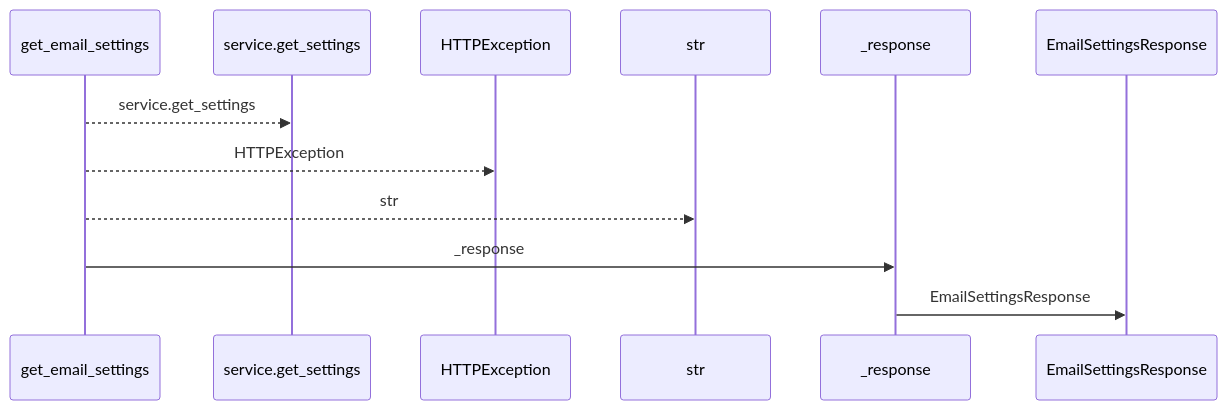
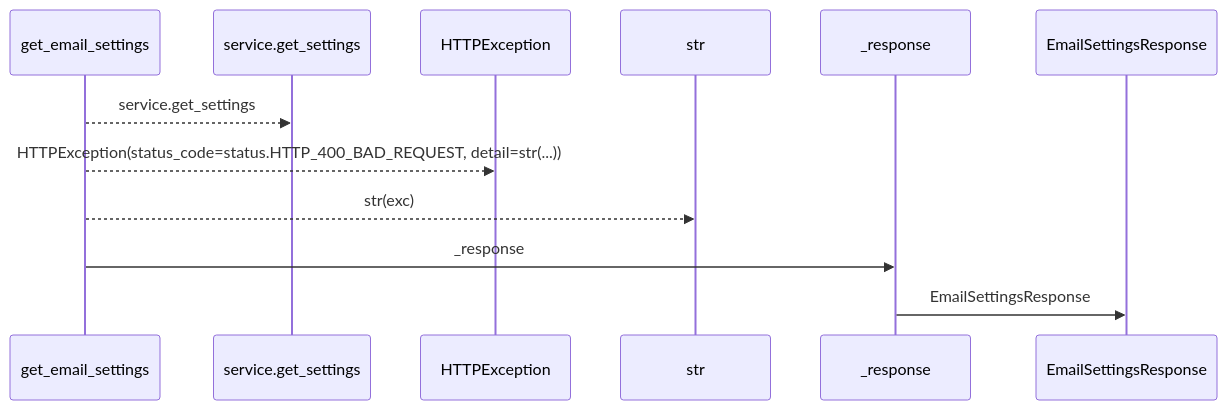
One commit to Denissvgn/WorkChord changed the first of 2 diagrams in docs/llm_wiki/flows/http-get_email_settings.md. Above: the diagram before and after it, drawn with Mermaid. The commit also changed other lines of this file and 25171 other files, not shown here.

````diff
--- a/docs/llm_wiki/flows/http-get_email_settings.md
+++ b/docs/llm_wiki/flows/http-get_email_settings.md
@@ -10,14 +12,14 @@
 ```mermaid
 sequenceDiagram
     participant p0 as get_email_settings
     participant p1 as service.get_settings
     participant p2 as HTTPException
     participant p3 as str
     participant p4 as _response
     participant p5 as EmailSettingsResponse
     p0-->>p1: service.get_settings
-    p0-->>p2: HTTPException
-    p0-->>p3: str
+    p0-->>p2: HTTPException(status_code=status.HTTP_400_BAD_REQUEST, detail=str(...))
+    p0-->>p3: str(exc)
     p0->>p4: _response
     p4->>p5: EmailSettingsResponse
 ```
````
